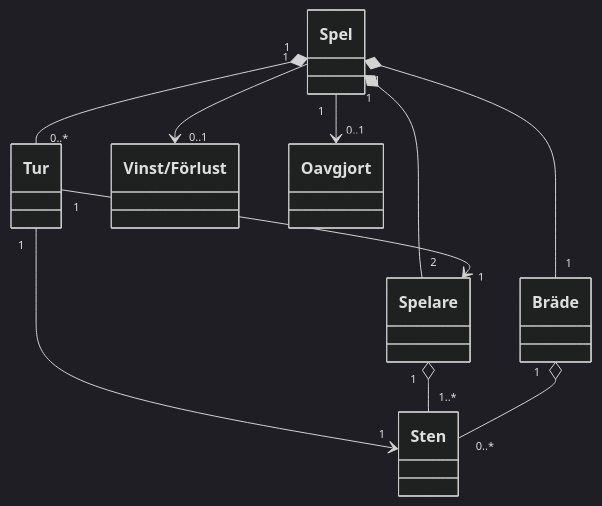
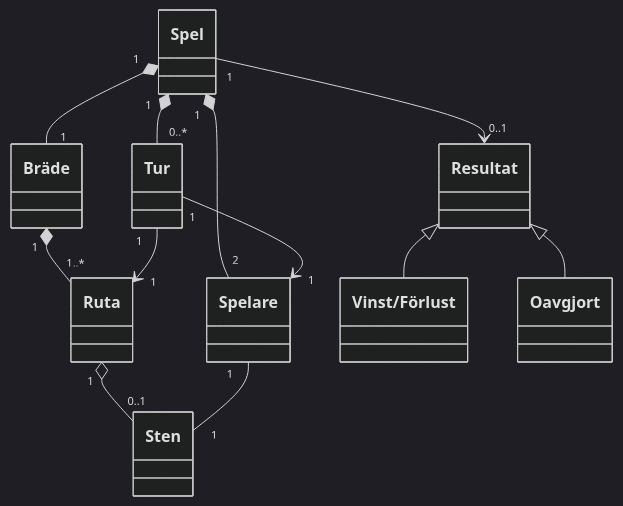
One commit to Jsambok11/gomoku-git changed the diagram in aaa.md. Above: the diagram before and after it, drawn with Mermaid (dark theme).

Commit message:
test of diagrams, v5, last chance of fixing order

````diff
--- a/aaa.md
+++ b/aaa.md
@@ -1,38 +1,48 @@
 ```mermaid
 classDiagram
     direction TB
 
     class Spel {
     }
 
     class Spelare {
     }
 
+    class Bräde {
+    }
+
+    class Ruta {
+    }
+
     class Sten {
     }
 
     class Tur {
     }
 
-    class Bräde {
+    class Resultat {
     }
 
     class `Vinst/Förlust` {
     }
 
     class Oavgjort {
     }
 
     %% Relationer
-    Spel "1" *-- "0..*" Tur
     Spel "1" *-- "2" Spelare
     Spel "1" *-- "1" Bräde
-    Spel "1" --> "0..1" `Vinst/Förlust`
-    Spel "1" --> "0..1" Oavgjort
+    Spel "1" *-- "0..*" Tur
+    Spel "1" --> "0..1" Resultat
+
+    Resultat <|-- `Vinst/Förlust`
+    Resultat <|-- Oavgjort
+
+    Bräde "1" *-- "1..*" Ruta
+    Ruta "1" o-- "0..1" Sten
 
     Tur "1" --> "1" Spelare
-    Tur "1" --> "1" Sten
+    Tur "1" --> "1" Ruta
 
-    Spelare "1" o-- "1..*" Sten
-    Bräde "1" o-- "0..*" Sten
+    Spelare "1" -- "1" Sten
 ```
````
